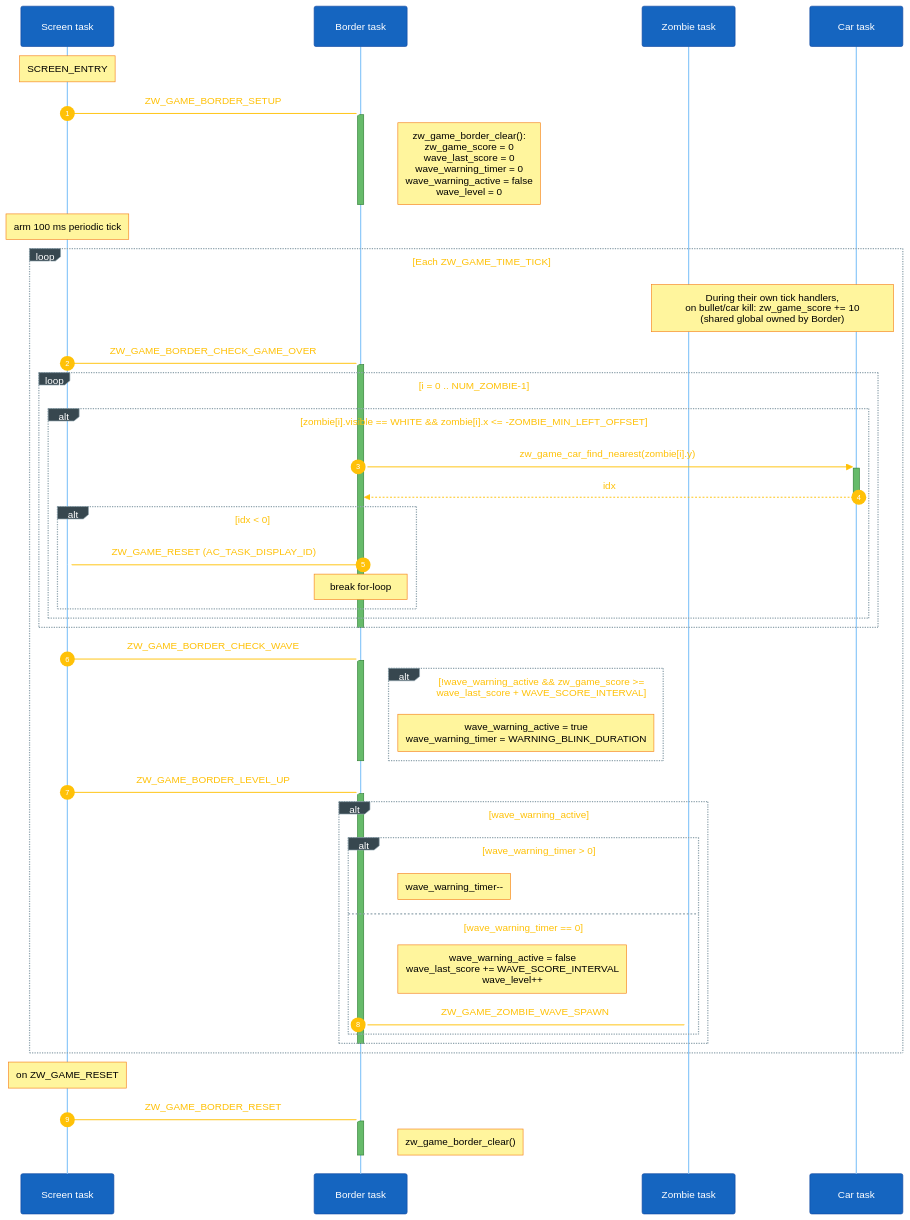
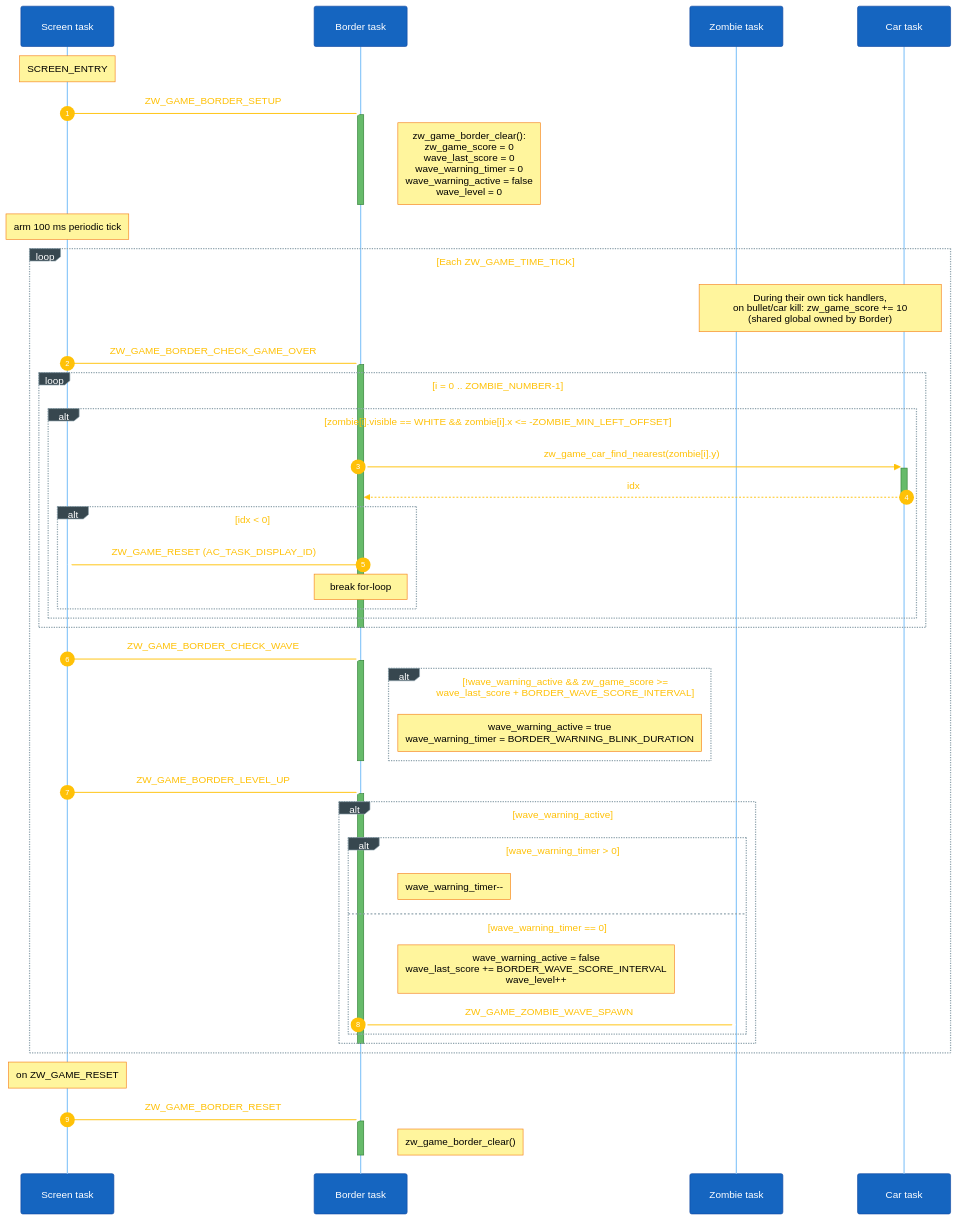
Before and after one commit to caotrongphuoc/mini-clock: the seventh of 7 diagrams in docs/03-design-sequence-object.md, drawn with Mermaid. The commit also changed other lines of this file, not shown here.

Commit message:
[UPDATE] sync sequence object doc with new macro names

````diff
--- a/docs/03-design-sequence-object.md
+++ b/docs/03-design-sequence-object.md
@@ -454,59 +454,59 @@
 ```mermaid
 %%{init: {'theme':'base','themeVariables':{'fontSize':'18px','primaryColor':'#1565c0','primaryTextColor':'#ffffff','primaryBorderColor':'#0d47a1','lineColor':'#90a4ae','signalColor':'#ffc107','signalTextColor':'#ffc107','actorBkg':'#1565c0','actorBorder':'#0d47a1','actorTextColor':'#ffffff','actorLineColor':'#90caf9','noteBkgColor':'#fff59d','noteTextColor':'#000000','noteBorderColor':'#f57f17','activationBkgColor':'#66bb6a','activationBorderColor':'#2e7d32','sequenceNumberColor':'#ffffff','loopTextColor':'#ffc107','labelBoxBkgColor':'#37474f','labelBoxBorderColor':'#90a4ae','labelTextColor':'#ffffff'},'sequence':{'actorMargin':120,'messageFontSize':17,'noteFontSize':15,'actorFontSize':17,'boxMargin':15,'boxTextMargin':8,'noteMargin':12,'useMaxWidth':false}}}%%
 sequenceDiagram
     autonumber
     participant Scr as Screen task
     participant Bdr as Border task
     participant Zmb as Zombie task
     participant Car as Car task
 
     Note over Scr: SCREEN_ENTRY
     Scr-)Bdr: ZW_GAME_BORDER_SETUP
     activate Bdr
     Note right of Bdr: zw_game_border_clear():<br/>zw_game_score = 0<br/>wave_last_score = 0<br/>wave_warning_timer = 0<br/>wave_warning_active = false<br/>wave_level = 0
     deactivate Bdr
     Note over Scr: arm 100 ms periodic tick
 
     loop Each ZW_GAME_TIME_TICK
         Note over Zmb,Car: During their own tick handlers,<br/>on bullet/car kill: zw_game_score += 10<br/>(shared global owned by Border)
 
         Scr-)Bdr: ZW_GAME_BORDER_CHECK_GAME_OVER
         activate Bdr
-        loop i = 0 .. NUM_ZOMBIE-1
+        loop i = 0 .. ZOMBIE_NUMBER-1
             alt zombie[i].visible == WHITE && zombie[i].x <= -ZOMBIE_MIN_LEFT_OFFSET
                 Bdr->>+Car: zw_game_car_find_nearest(zombie[i].y)
                 Car-->>-Bdr: idx
                 alt idx < 0
                     Bdr-)Scr: ZW_GAME_RESET (AC_TASK_DISPLAY_ID)
                     Note over Bdr: break for-loop
                 end
             end
         end
         deactivate Bdr
 
         Scr-)Bdr: ZW_GAME_BORDER_CHECK_WAVE
         activate Bdr
-        alt !wave_warning_active && zw_game_score >= wave_last_score + WAVE_SCORE_INTERVAL
-            Note right of Bdr: wave_warning_active = true<br/>wave_warning_timer = WARNING_BLINK_DURATION
+        alt !wave_warning_active && zw_game_score >= wave_last_score + BORDER_WAVE_SCORE_INTERVAL
+            Note right of Bdr: wave_warning_active = true<br/>wave_warning_timer = BORDER_WARNING_BLINK_DURATION
         end
         deactivate Bdr
 
         Scr-)Bdr: ZW_GAME_BORDER_LEVEL_UP
         activate Bdr
         alt wave_warning_active
             alt wave_warning_timer > 0
                 Note right of Bdr: wave_warning_timer--
             else wave_warning_timer == 0
-                Note right of Bdr: wave_warning_active = false<br/>wave_last_score += WAVE_SCORE_INTERVAL<br/>wave_level++
+                Note right of Bdr: wave_warning_active = false<br/>wave_last_score += BORDER_WAVE_SCORE_INTERVAL<br/>wave_level++
                 Bdr-)Zmb: ZW_GAME_ZOMBIE_WAVE_SPAWN
             end
         end
         deactivate Bdr
     end
 
     Note over Scr: on ZW_GAME_RESET
     Scr-)Bdr: ZW_GAME_BORDER_RESET
     activate Bdr
     Note right of Bdr: zw_game_border_clear()
     deactivate Bdr
 ```
````
